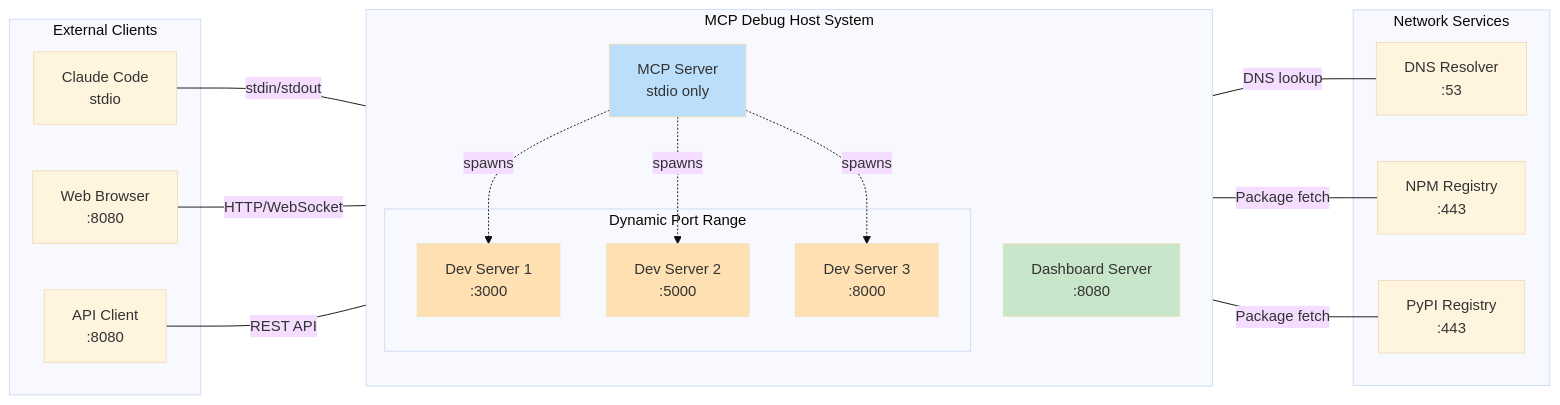
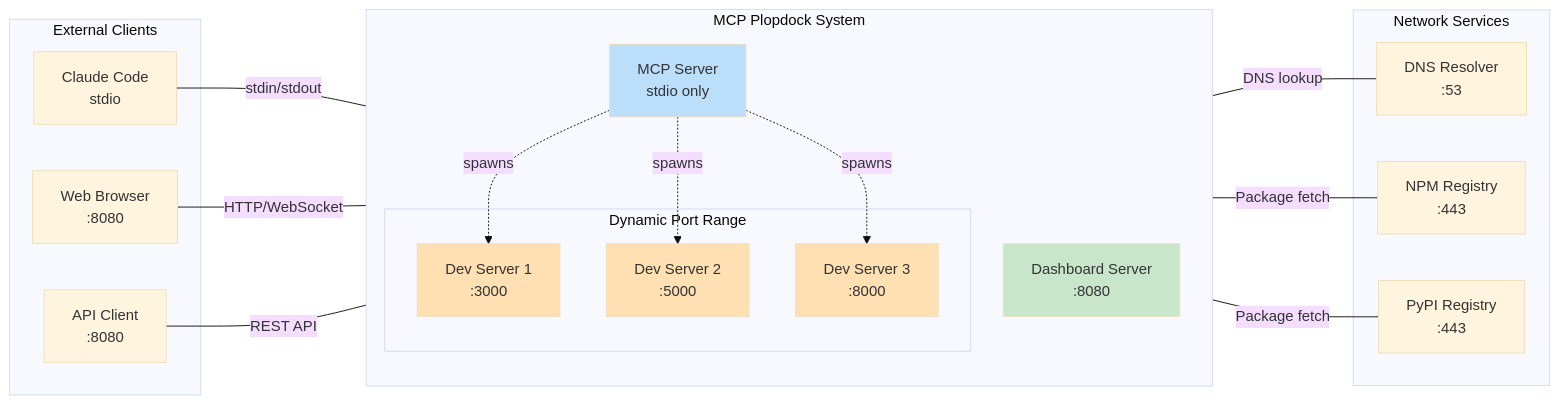
One commit to omayhemo/APM changed diagram 16 of 18 in project_docs/architecture/MCP-SYSTEM-ARCHITECTURE-DIAGRAMS.md. Above: the diagram before and after it, drawn with Mermaid (base theme). The commit also changed other lines of this file and 72 other files, not shown here.

````diff
--- a/project_docs/architecture/MCP-SYSTEM-ARCHITECTURE-DIAGRAMS.md
+++ b/project_docs/architecture/MCP-SYSTEM-ARCHITECTURE-DIAGRAMS.md
@@ -578,44 +578,44 @@
 ```mermaid
 flowchart LR
-  subgraph "MCP Debug Host System"
+  subgraph "MCP Plopdock System"
     direction TB
     MCP[MCP Server<br/>stdio only]
     DS[Dashboard Server<br/>:8080]
     
     subgraph "Dynamic Port Range"
       DEV1[Dev Server 1<br/>:3000]
       DEV2[Dev Server 2<br/>:5000]
       DEV3[Dev Server 3<br/>:8000]
     end
   end
   
   subgraph "External Clients"
     CC[Claude Code<br/>stdio]
     WB[Web Browser<br/>:8080]
     CURL[API Client<br/>:8080]
   end
   
   subgraph "Network Services"
     DNS[DNS Resolver<br/>:53]
     NPM[NPM Registry<br/>:443]
     PIP[PyPI Registry<br/>:443]
   end
   
   CC ---|stdin/stdout| MCP
   WB ---|HTTP/WebSocket| DS
   CURL ---|REST API| DS
   
   MCP -.->|spawns| DEV1
   MCP -.->|spawns| DEV2
   MCP -.->|spawns| DEV3
   
   DEV1 ---|Package fetch| NPM
   DEV2 ---|Package fetch| PIP
   DEV3 ---|DNS lookup| DNS
   
   style MCP fill:#bbdefb
   style DS fill:#c8e6c9
   style DEV1 fill:#ffe0b2
   style DEV2 fill:#ffe0b2
   style DEV3 fill:#ffe0b2
 ```
````
